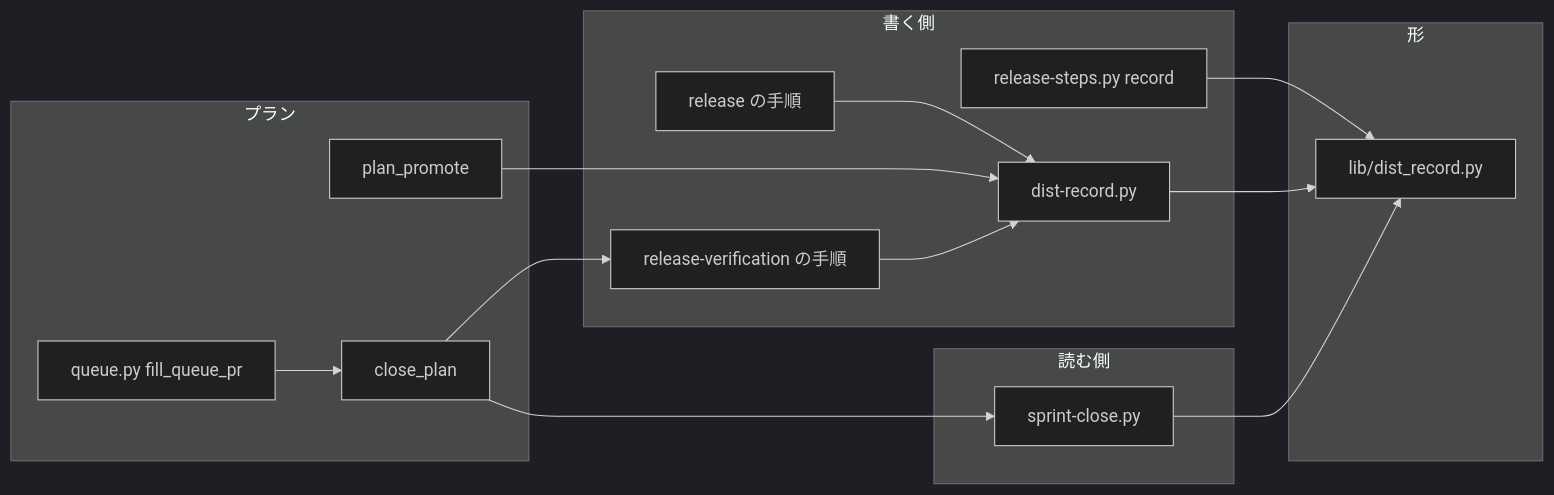
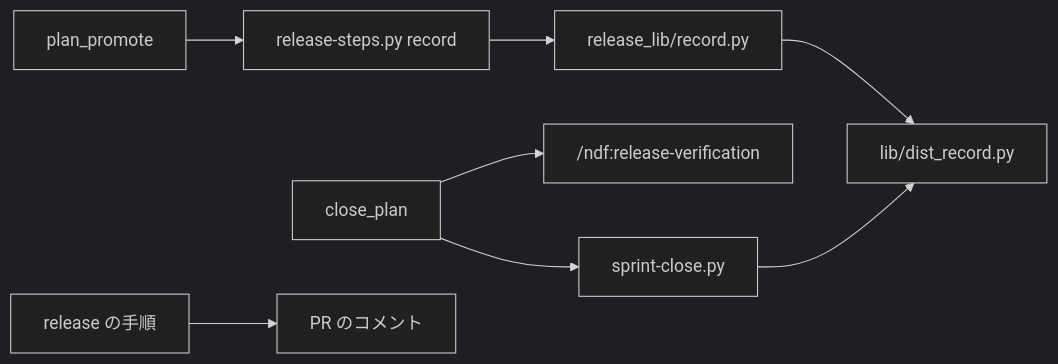
Before and after one commit to devbasex/ai-plugins: the first of 2 diagrams in issues/issue-1870-design.md, drawn with Mermaid (dark theme). The commit also changed other lines of this file and 3 other files, not shown here.

````diff
--- a/issues/issue-1870-design.md
+++ b/issues/issue-1870-design.md
@@ -108,29 +94,10 @@
 ```mermaid
 graph LR
-  subgraph 形
-    DR[lib/dist_record.py]
-  end
-  subgraph 書く側
-    RS[release-steps.py record]
-    DRC[dist-record.py]
-    RSK[release の手順]
-    RV[release-verification の手順]
-  end
-  subgraph プラン
-    PP[plan_promote]
-    CP[close_plan]
-    Q[queue.py fill_queue_pr]
-  end
-  subgraph 読む側
-    SC[sprint-close.py]
-  end
-  RS --> DR
-  DRC --> DR
-  RSK --> DRC
-  RV --> DRC
-  PP --> DRC
-  CP --> RV
-  CP --> SC
-  Q --> CP
+  PP[plan_promote] --> RS[release-steps.py record]
+  RS --> RR[release_lib/record.py]
+  RR --> DR[lib/dist_record.py]
+  CP[close_plan] --> RV["/ndf:release-verification"]
+  CP --> SC[sprint-close.py]
   SC --> DR
+  RSK[release の手順] --> PRC[PR のコメント]
 ```
````
